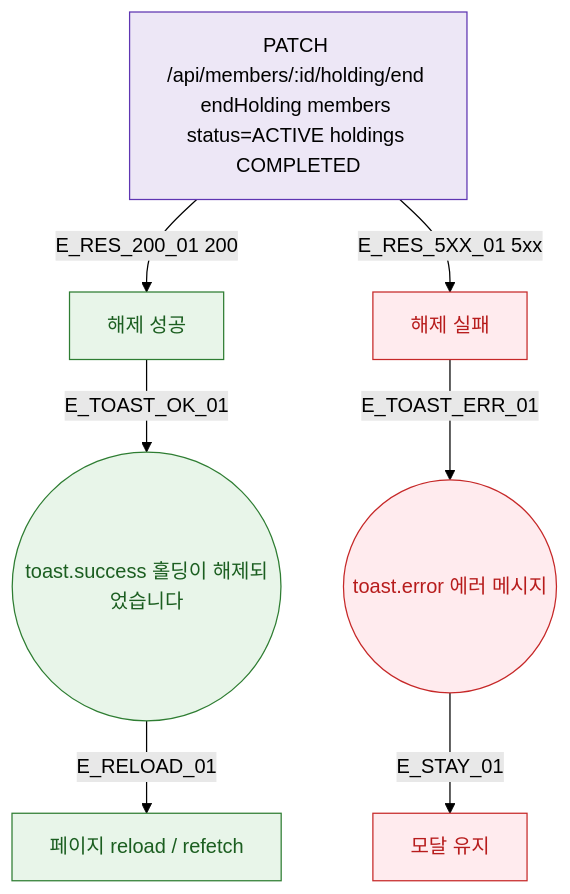
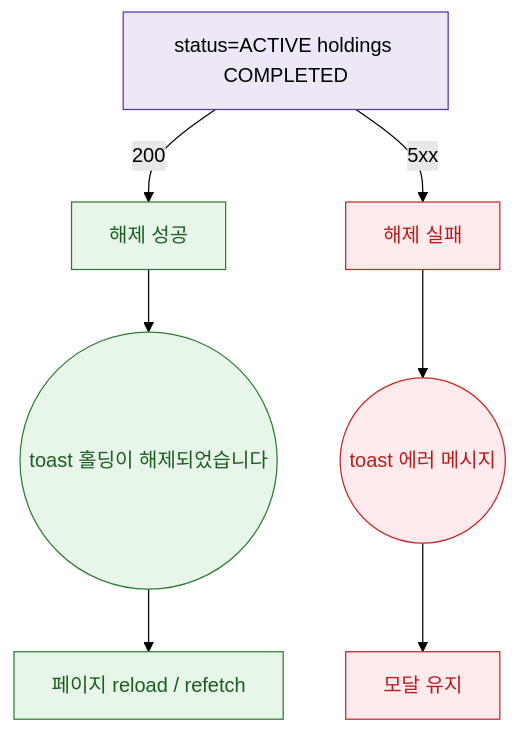
One commit to dev-spogym/admin-pando changed the diagram in docs/다이어그램/D02_회원관리/DLG/DLG-M004_홀딩해제/M3_결과분기.md. Above: the diagram before and after it, drawn with Mermaid (forest theme). The commit also changed other lines of this file and 1660 other files, not shown here.

First line of the commit message:
다이어그램: 기획자/클라이언트 납품본으로 정리

````diff
--- a/docs/다이어그램/D02_회원관리/DLG/DLG-M004_홀딩해제/M3_결과분기.md
+++ b/docs/다이어그램/D02_회원관리/DLG/DLG-M004_홀딩해제/M3_결과분기.md
@@ -22,21 +20,21 @@
 ```mermaid
 flowchart TD
-  API[PATCH /api/members/:id/holding/end endHolding members status=ACTIVE holdings COMPLETED]
+  API[status=ACTIVE holdings COMPLETED]
 
-  API -->|E_RES_200_01 200| SUCCESS[해제 성공]
-  API -->|E_RES_5XX_01 5xx| FAIL[해제 실패]
+  API -->|200|SUCCESS[해제 성공]
+  API -->|5xx|FAIL[해제 실패]
 
-  SUCCESS -->|E_TOAST_OK_01| TOAST_OK((toast.success 홀딩이 해제되었습니다))
-  TOAST_OK -->|E_RELOAD_01| RELOAD[페이지 reload / refetch]
+  SUCCESS --> TOAST_OK((toast 홀딩이 해제되었습니다))
+  TOAST_OK --> RELOAD[페이지 reload / refetch]
 
-  FAIL -->|E_TOAST_ERR_01| TOAST_ERR((toast.error 에러 메시지))
-  TOAST_ERR -->|E_STAY_01| MODAL_STAY[모달 유지]
+  FAIL --> TOAST_ERR((toast 에러 메시지))
+  TOAST_ERR --> MODAL_STAY[모달 유지]
 
   classDef success fill:#E8F5E9,stroke:#2E7D32,color:#1B5E20
-  classDef error   fill:#FFEBEE,stroke:#C62828,color:#B71C1C
-  classDef system  fill:#EDE7F6,stroke:#5E35B2
+  classDef error fill:#FFEBEE,stroke:#C62828,color:#B71C1C
+  classDef system fill:#EDE7F6,stroke:#5E35B2
 
   class SUCCESS,TOAST_OK,RELOAD success
   class FAIL,TOAST_ERR,MODAL_STAY error
   class API system
 ```
````
